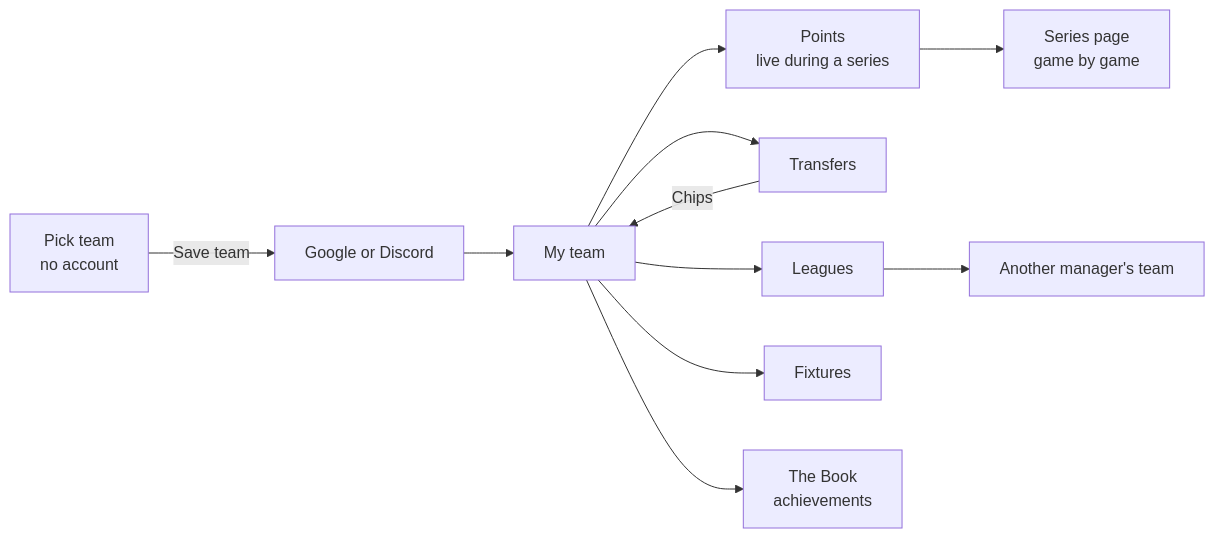
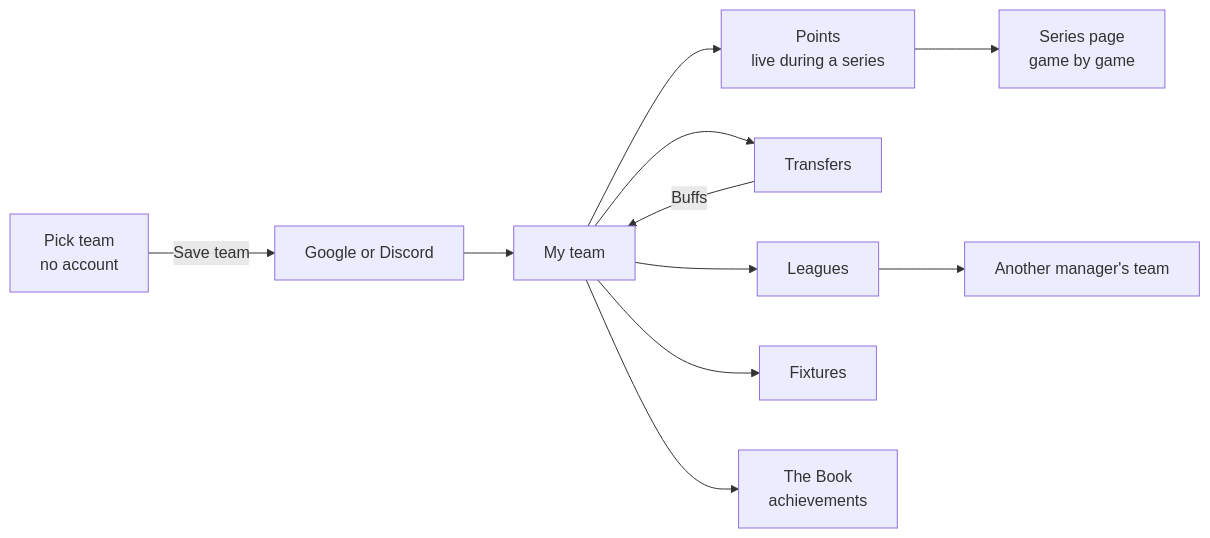
The diagram in docs/design/site-flow.md (cBallGitWork/lck-fantasy), drawn with Mermaid before and after one commit. The commit also changed other lines of this file and 16 other files, not shown here.

Commit message:
docs: picture bits grilled; Card view, Home's stream and lineup, star and flop; chips are buffs

````diff
--- a/docs/design/site-flow.md
+++ b/docs/design/site-flow.md
@@ -9,13 +9,13 @@
 ```mermaid
 flowchart LR
   Land[Pick team<br/>no account] -->|Save team| Sign[Google or Discord]
   Sign --> Home[My team]
   Home --> Points[Points<br/>live during a series]
   Home --> Transfers
   Home --> Leagues
   Home --> Fixtures
   Home --> Book[The Book<br/>achievements]
   Points --> Series[Series page<br/>game by game]
   Leagues --> Rival[Another manager's team]
-  Transfers -->|Chips| Home
+  Transfers -->|Buffs| Home
 ```
````
